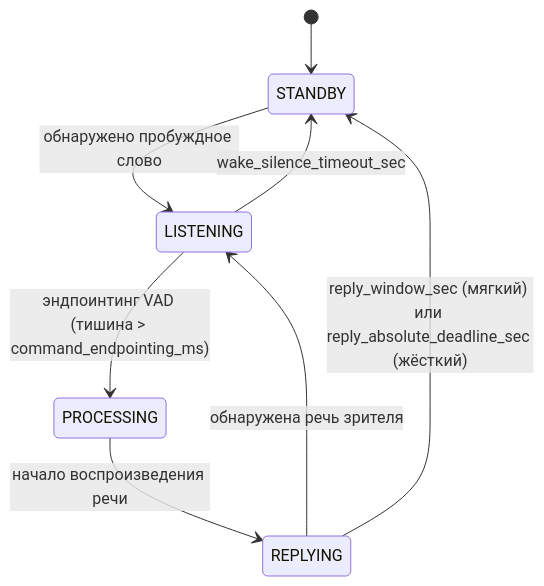
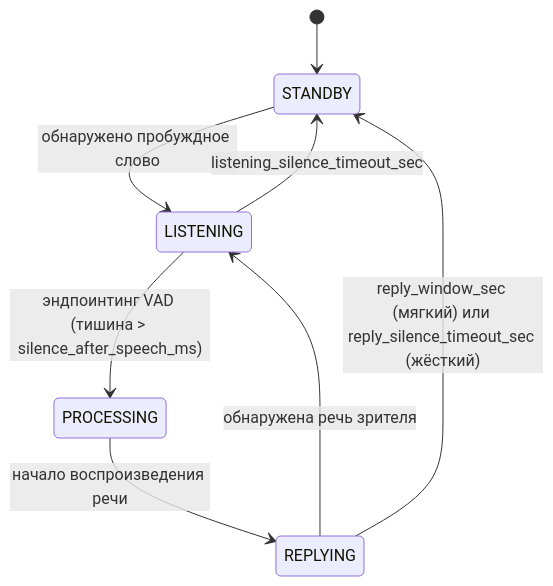
Before and after one commit to 7teenzzz/Adam-Chip: the diagram in diploma/chapters/ch03_chapter3.md, drawn with Mermaid. The commit also changed other lines of this file and 4 other files, not shown here.

First line of the commit message:
docs(diploma+graph): исправлены параметры FSM в 3.3.5, обновлён граф кода

````diff
--- a/diploma/chapters/ch03_chapter3.md
+++ b/diploma/chapters/ch03_chapter3.md
@@ -252,10 +252,10 @@
 ```mermaid
 stateDiagram-v2
     [*] --> STANDBY
     STANDBY --> LISTENING: обнаружено пробуждное слово
-    LISTENING --> PROCESSING: эндпоинтинг VAD (тишина > command_endpointing_ms)
-    LISTENING --> STANDBY: wake_silence_timeout_sec
+    LISTENING --> PROCESSING: эндпоинтинг VAD (тишина > silence_after_speech_ms)
+    LISTENING --> STANDBY: listening_silence_timeout_sec
     PROCESSING --> REPLYING: начало воспроизведения речи
     REPLYING --> LISTENING: обнаружена речь зрителя
-    REPLYING --> STANDBY: reply_window_sec (мягкий) или reply_absolute_deadline_sec (жёсткий)
+    REPLYING --> STANDBY: reply_window_sec (мягкий) или reply_silence_timeout_sec (жёсткий)
 ```
````
